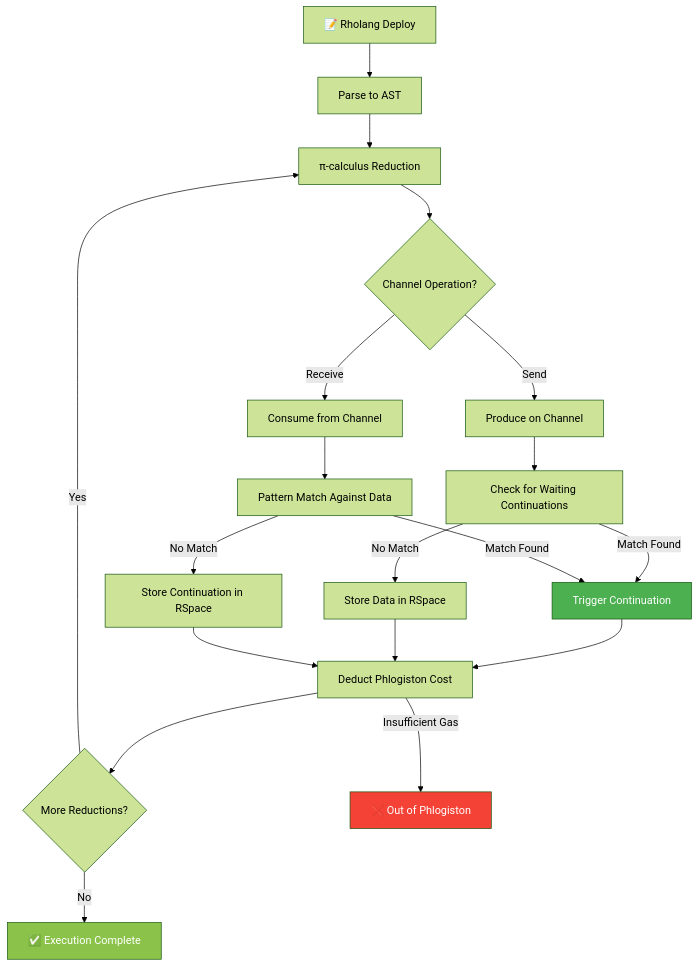
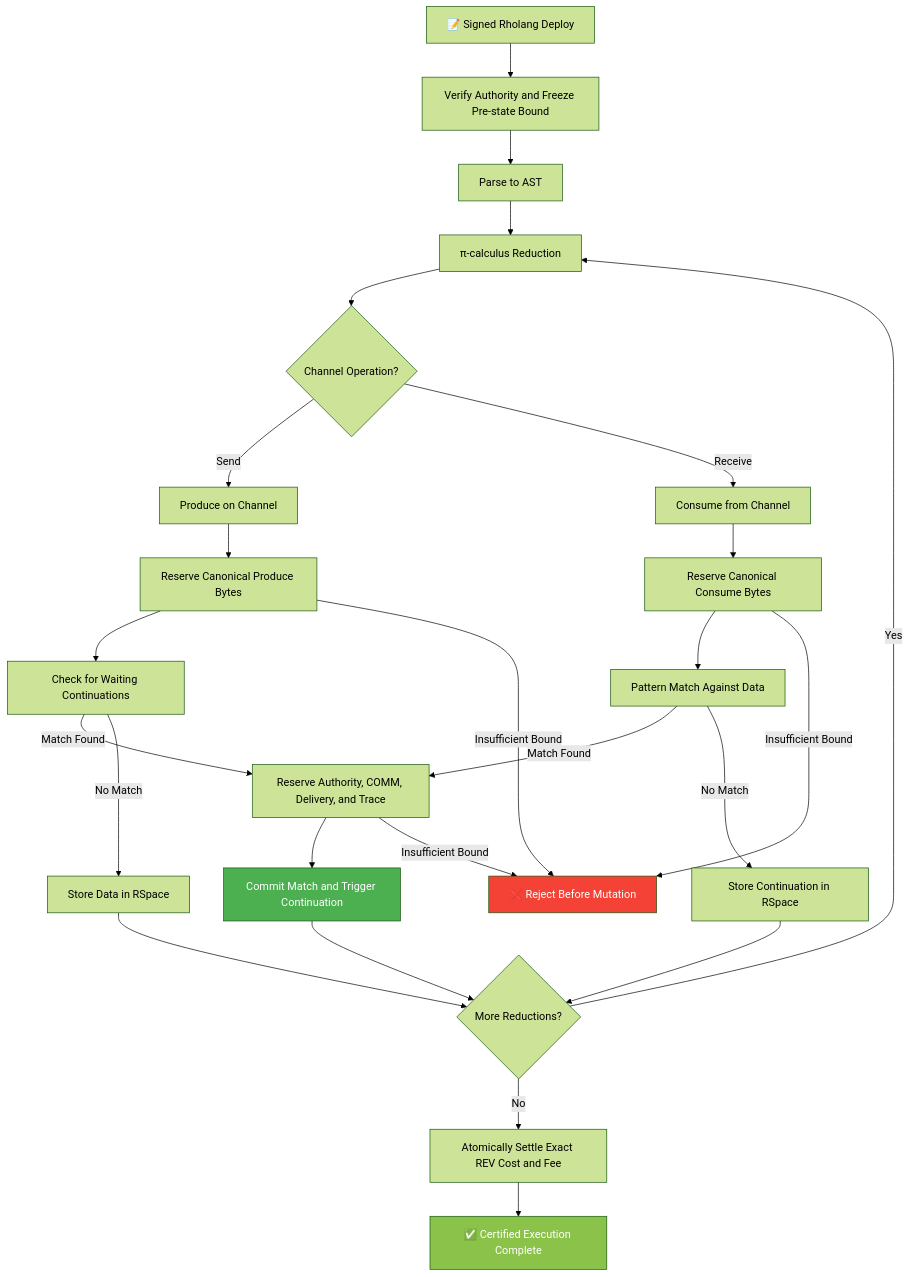
The second of 4 diagrams in docs/f1r3fly_state_diagram.md (F1R3FLY-io/f1r3node-rust), drawn with Mermaid (forest theme) before and after one commit. The commit also changed 336 other files, not shown here.

````diff
--- a/docs/f1r3fly_state_diagram.md
+++ b/docs/f1r3fly_state_diagram.md
@@ -60,32 +60,37 @@
 ```mermaid
 flowchart TD
-    DEPLOY[📝 Rholang Deploy] --> PARSE[Parse to AST]
+    DEPLOY[📝 Signed Rholang Deploy] --> AUTH[Verify Authority and Freeze Pre-state Bound]
+    AUTH --> PARSE[Parse to AST]
     PARSE --> REDUCE[π-calculus Reduction]
     
     REDUCE --> CHANNEL{Channel Operation?}
     CHANNEL -->|Send| PRODUCE[Produce on Channel]
     CHANNEL -->|Receive| CONSUME[Consume from Channel]
     
-    PRODUCE --> MATCH_CHECK[Check for Waiting Continuations]
-    CONSUME --> PATTERN_MATCH[Pattern Match Against Data]
+    PRODUCE --> PRODUCE_BYTES[Reserve Canonical Produce Bytes]
+    CONSUME --> CONSUME_BYTES[Reserve Canonical Consume Bytes]
+    PRODUCE_BYTES --> MATCH_CHECK[Check for Waiting Continuations]
+    CONSUME_BYTES --> PATTERN_MATCH[Pattern Match Against Data]
     
-    MATCH_CHECK -->|Match Found| TRIGGER[Trigger Continuation]
+    MATCH_CHECK -->|Match Found| COMM_COST[Reserve Authority, COMM, Delivery, and Trace]
     MATCH_CHECK -->|No Match| STORE_DATA[Store Data in RSpace]
-    
-    PATTERN_MATCH -->|Match Found| TRIGGER
+
+    PATTERN_MATCH -->|Match Found| COMM_COST
     PATTERN_MATCH -->|No Match| STORE_CONT[Store Continuation in RSpace]
-    
-    TRIGGER --> COST[Deduct Phlogiston Cost]
-    STORE_DATA --> COST
-    STORE_CONT --> COST
-    
-    COST --> MORE{More Reductions?}
+
+    COMM_COST --> TRIGGER[Commit Match and Trigger Continuation]
+    TRIGGER --> MORE{More Reductions?}
+    STORE_DATA --> MORE
+    STORE_CONT --> MORE
     MORE -->|Yes| REDUCE
-    MORE -->|No| COMPLETE[✅ Execution Complete]
-    
-    COST -->|Insufficient Gas| OUT_OF_GAS[❌ Out of Phlogiston]
+    MORE -->|No| SETTLE[Atomically Settle Exact REV Cost and Fee]
+    SETTLE --> COMPLETE[✅ Certified Execution Complete]
+
+    PRODUCE_BYTES -->|Insufficient Bound| REJECT[❌ Reject Before Mutation]
+    CONSUME_BYTES -->|Insufficient Bound| REJECT
+    COMM_COST -->|Insufficient Bound| REJECT
     
     style TRIGGER fill:#4caf50,color:#fff
     style COMPLETE fill:#8bc34a,color:#fff
-    style OUT_OF_GAS fill:#f44336,color:#fff
+    style REJECT fill:#f44336,color:#fff
 ```
````
